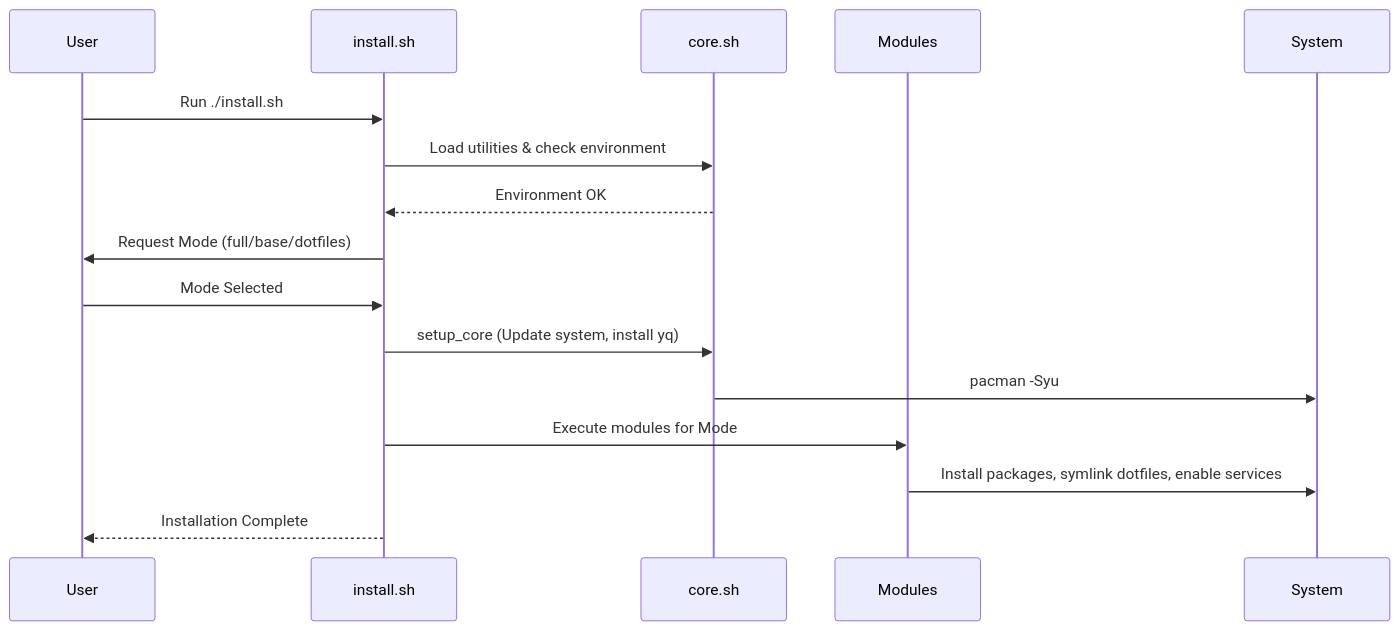
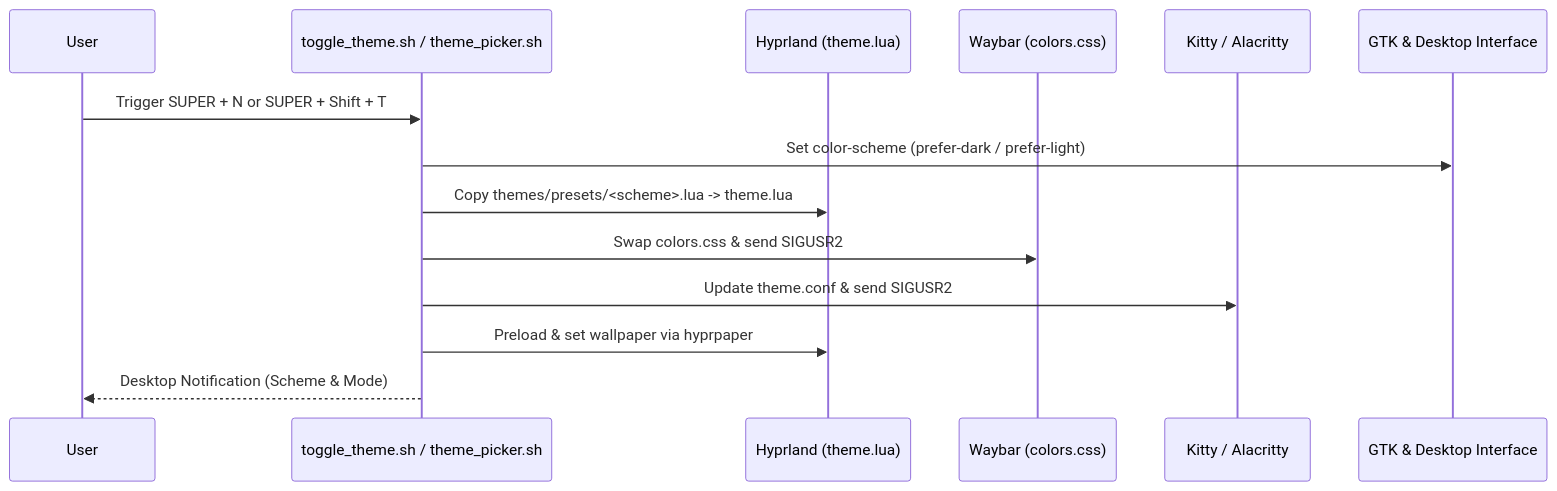
The second of 2 diagrams in ARCHITECTURE.md (CozyRunner/arch-post-install), drawn with Mermaid before and after one commit. The commit also changed other lines of this file and 5 other files, not shown here.

Commit message:
refactor: migrate Hyprland configuration to modular Lua-based architecture

````diff
--- a/ARCHITECTURE.md
+++ b/ARCHITECTURE.md
@@ -71,19 +111,17 @@
 ```mermaid
 sequenceDiagram
-    participant U as User
-    participant I as install.sh
-    participant C as core.sh
-    participant M as Modules
-    participant S as System
+    participant User
+    participant Switcher as toggle_theme.sh / theme_picker.sh
+    participant Hyprland as Hyprland (theme.lua)
+    participant Waybar as Waybar (colors.css)
+    participant Terminals as Kitty / Alacritty
+    participant GTK as GTK & Desktop Interface
 
-    U->>I: Run ./install.sh
-    I->>C: Load utilities & check environment
-    C-->>I: Environment OK
-    I->>U: Request Mode (full/base/dotfiles)
-    U->>I: Mode Selected
-    I->>C: setup_core (Update system, install yq)
-    C->>S: pacman -Syu
-    I->>M: Execute modules for Mode
-    M->>S: Install packages, symlink dotfiles, enable services
-    I-->>U: Installation Complete
+    User->>Switcher: Trigger SUPER + N or SUPER + Shift + T
+    Switcher->>GTK: Set color-scheme (prefer-dark / prefer-light)
+    Switcher->>Hyprland: Copy themes/presets/<scheme>.lua -> theme.lua
+    Switcher->>Waybar: Swap colors.css & send SIGUSR2
+    Switcher->>Terminals: Update theme.conf & send SIGUSR2
+    Switcher->>Hyprland: Preload & set wallpaper via hyprpaper
+    Switcher-->>User: Desktop Notification (Scheme & Mode)
 ```
````
